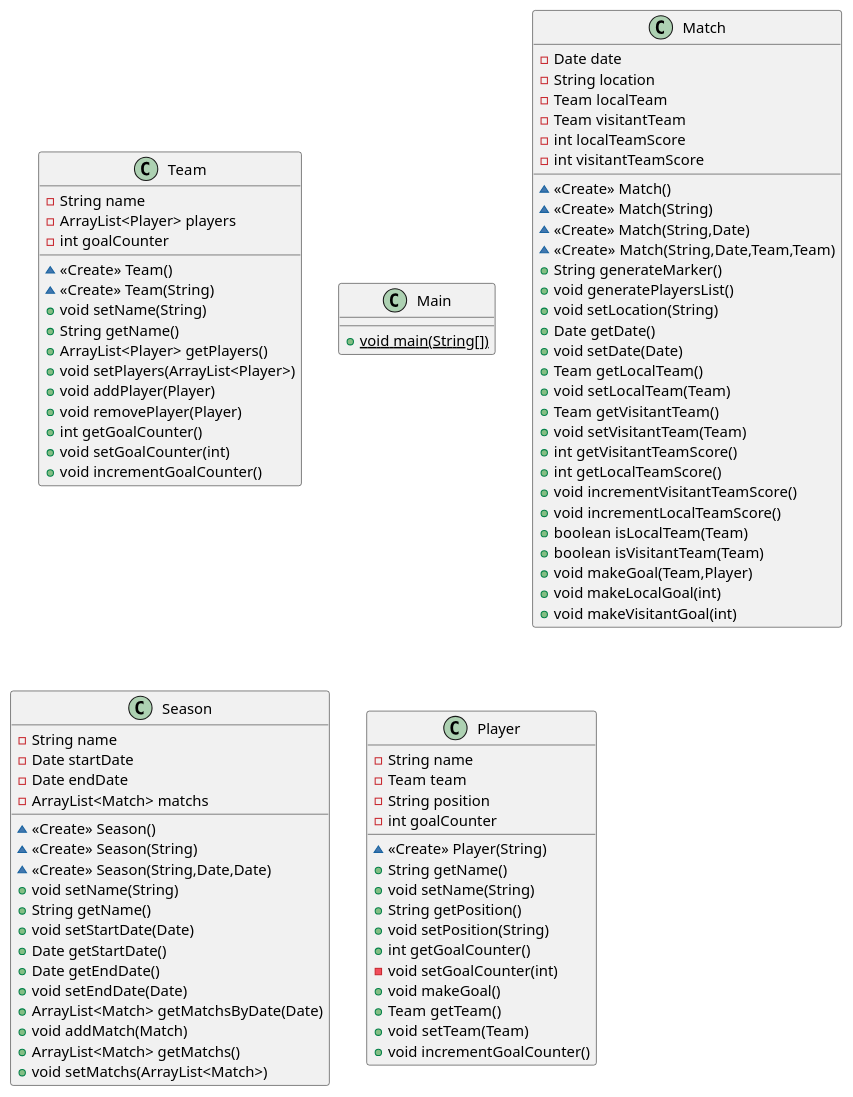
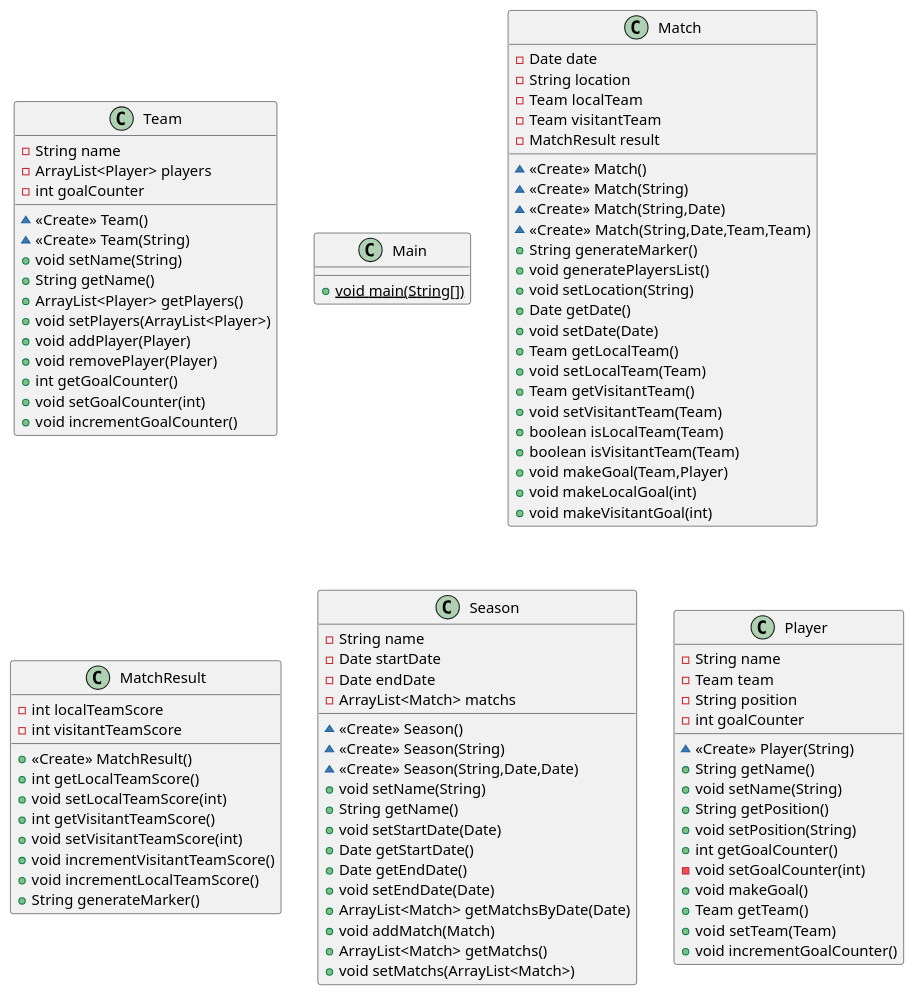
Before and after one commit to Kei-Degregorio-Davinci/act2bv_davinci_tournament: the diagram in tournament.puml, drawn with PlantUML. The commit also changed 1 other file, not shown here.

Commit message:
refactor: tournament uml

```diff
--- a/tournament.puml
+++ b/tournament.puml
@@ -1,87 +1,94 @@
 @startuml
 class Team {
 - String name
 - ArrayList<Player> players
 - int goalCounter
 ~ <<Create>> Team()
 ~ <<Create>> Team(String)
 + void setName(String)
 + String getName()
 + ArrayList<Player> getPlayers()
 + void setPlayers(ArrayList<Player>)
 + void addPlayer(Player)
 + void removePlayer(Player)
 + int getGoalCounter()
 + void setGoalCounter(int)
 + void incrementGoalCounter()
 }
 class Main {
 + {static} void main(String[])
 }
 class Match {
 - Date date
 - String location
 - Team localTeam
 - Team visitantTeam
-- int localTeamScore
-- int visitantTeamScore
+- MatchResult result
 ~ <<Create>> Match()
 ~ <<Create>> Match(String)
 ~ <<Create>> Match(String,Date)
 ~ <<Create>> Match(String,Date,Team,Team)
 + String generateMarker()
 + void generatePlayersList()
 + void setLocation(String)
 + Date getDate()
 + void setDate(Date)
 + Team getLocalTeam()
 + void setLocalTeam(Team)
 + Team getVisitantTeam()
 + void setVisitantTeam(Team)
-+ int getVisitantTeamScore()
-+ int getLocalTeamScore()
-+ void incrementVisitantTeamScore()
-+ void incrementLocalTeamScore()
 + boolean isLocalTeam(Team)
 + boolean isVisitantTeam(Team)
 + void makeGoal(Team,Player)
 + void makeLocalGoal(int)
 + void makeVisitantGoal(int)
+}
+class MatchResult {
+- int localTeamScore
+- int visitantTeamScore
++ <<Create>> MatchResult()
++ int getLocalTeamScore()
++ void setLocalTeamScore(int)
++ int getVisitantTeamScore()
++ void setVisitantTeamScore(int)
++ void incrementVisitantTeamScore()
++ void incrementLocalTeamScore()
++ String generateMarker()
 }
 class Season {
 - String name
 - Date startDate
 - Date endDate
 - ArrayList<Match> matchs
 ~ <<Create>> Season()
 ~ <<Create>> Season(String)
 ~ <<Create>> Season(String,Date,Date)
 + void setName(String)
 + String getName()
 + void setStartDate(Date)
 + Date getStartDate()
 + Date getEndDate()
 + void setEndDate(Date)
 + ArrayList<Match> getMatchsByDate(Date)
 + void addMatch(Match)
 + ArrayList<Match> getMatchs()
 + void setMatchs(ArrayList<Match>)
 }
 class Player {
 - String name
 - Team team
 - String position
 - int goalCounter
 ~ <<Create>> Player(String)
 + String getName()
 + void setName(String)
 + String getPosition()
 + void setPosition(String)
 + int getGoalCounter()
 - void setGoalCounter(int)
 + void makeGoal()
 + Team getTeam()
 + void setTeam(Team)
 + void incrementGoalCounter()
 }
 @enduml
```
